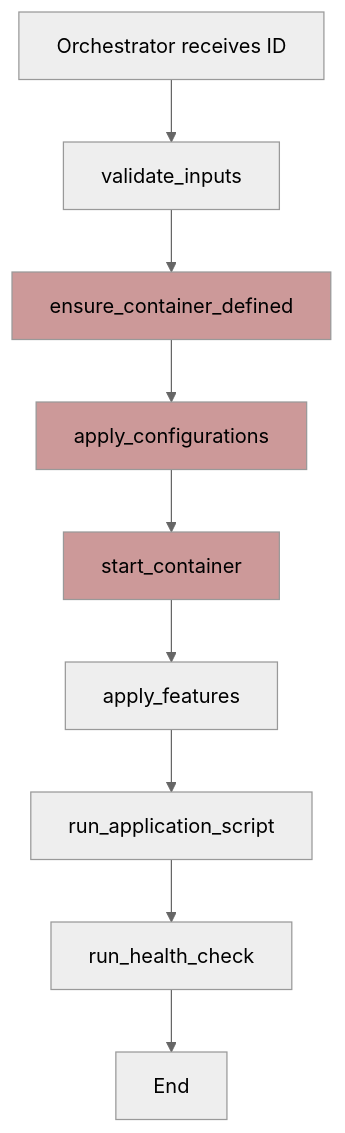
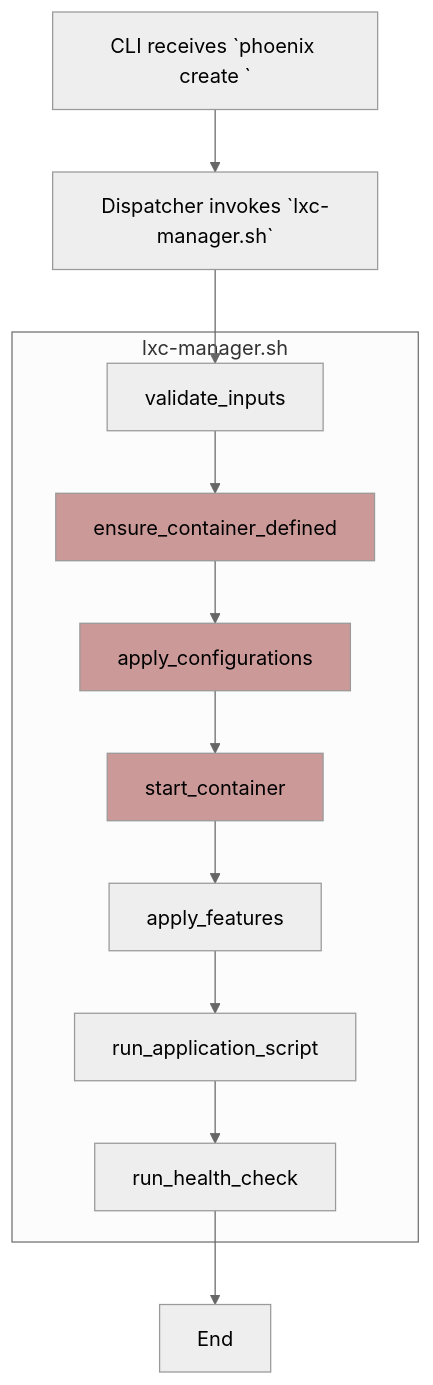
Before and after one commit to SirHeads/Testing-ideas: the second of 3 diagrams in Thinkheads.AI_docs/02_technical_strategy_and_architecture/22_orchestrator_workflow_deep_dive.md, drawn with Mermaid (neutral theme). The commit also changed other lines of this file and 51 other files, not shown here.

````diff
--- a/Thinkheads.AI_docs/02_technical_strategy_and_architecture/22_orchestrator_workflow_deep_dive.md
+++ b/Thinkheads.AI_docs/02_technical_strategy_and_architecture/22_orchestrator_workflow_deep_dive.md
@@ -96,15 +67,19 @@
 ```mermaid
 graph TD
-    A[Orchestrator receives ID] --> B[validate_inputs];
-    B --> C[ensure_container_defined];
-    C --> D[apply_configurations];
-    D --> E[start_container];
-    E --> F[apply_features];
-    F --> G[run_application_script];
-    G --> H[run_health_check];
-    H --> I[End];
+    A[CLI receives `phoenix create <ID>`] --> B[Dispatcher invokes `lxc-manager.sh`];
+    subgraph "lxc-manager.sh"
+        C[validate_inputs];
+        D[ensure_container_defined];
+        E[apply_configurations];
+        F[start_container];
+        G[apply_features];
+        H[run_application_script];
+        I[run_health_check];
+    end
+    B --> C --> D --> E --> F --> G --> H --> I;
+    I --> J[End];
 
-    style C fill:#c99
     style D fill:#c99
     style E fill:#c99
+    style F fill:#c99
 ```
````
